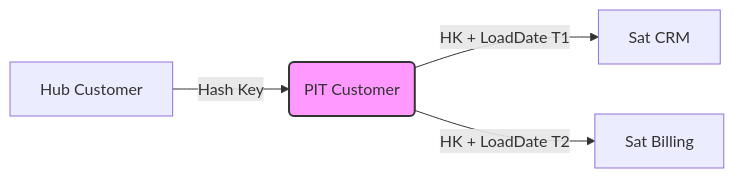
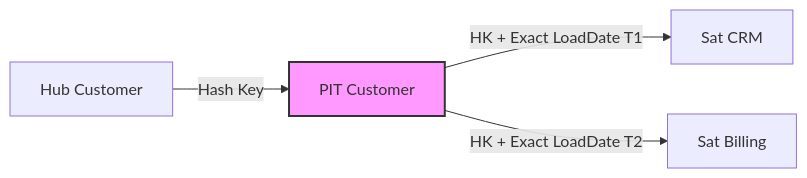
The second of 2 diagrams in src/content/docs/concepts/6-data-modeling-transformation/data-vault-modeling.md (kythuatdulieu/kythuatdulieu.github.io), drawn with Mermaid before and after one commit. The commit also changed other lines of this file and 228 other files, not shown here.

Commit message:
Fix syntax and rewrite 200+ concepts docs to deep-dive system architecture and add GA4 tracking to quiz app

````diff
--- a/src/content/docs/concepts/6-data-modeling-transformation/data-vault-modeling.md
+++ b/src/content/docs/concepts/6-data-modeling-transformation/data-vault-modeling.md
@@ -139,8 +169,8 @@
 ```mermaid
 flowchart LR
-    A["Hub Customer"] -->|Hash Key| B("PIT Customer")
-    B -->|HK + LoadDate T1| C["Sat CRM"]
-    B -->|HK + LoadDate T2| D["Sat Billing"]
+    A["Hub Customer"] -->|Hash Key| B["PIT Customer"]
+    B -->|HK + Exact LoadDate T1| C["Sat CRM"]
+    B -->|HK + Exact LoadDate T2| D["Sat Billing"]
     
     style B fill:#f9f,stroke:#333,stroke-width:2px
 ```
````
